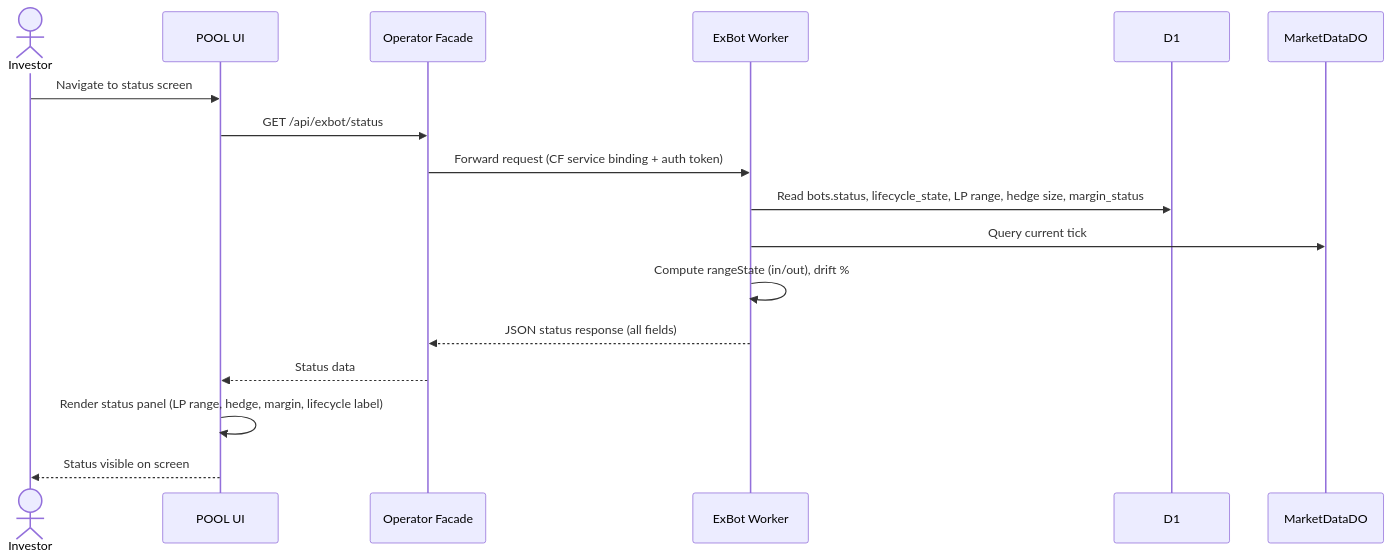
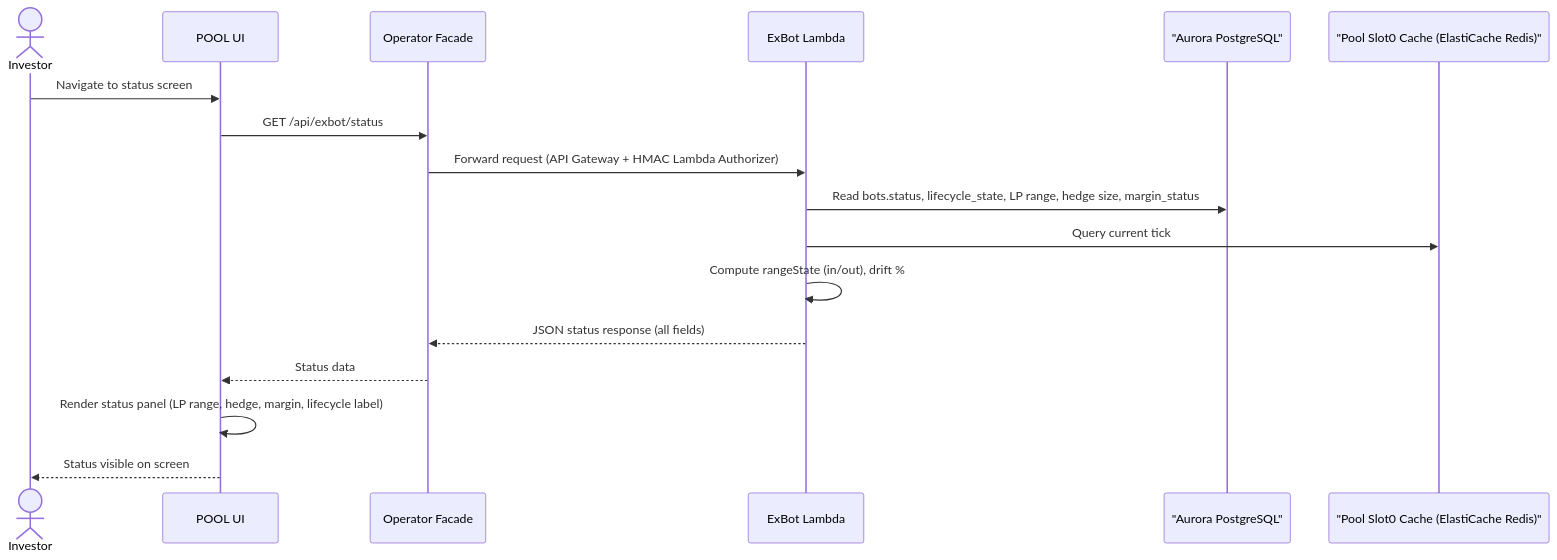
The diagram in docs/BA/plans/bnza-sotatek-260519-0000/03_modules/exbot/usecases/uc-monitor-status.md (TrinhBuiSotatek/Bonanzapool), drawn with Mermaid before and after one commit. The commit also changed other lines of this file and 21 other files, not shown here.

````diff
--- a/docs/BA/plans/bnza-sotatek-260519-0000/03_modules/exbot/usecases/uc-monitor-status.md
+++ b/docs/BA/plans/bnza-sotatek-260519-0000/03_modules/exbot/usecases/uc-monitor-status.md
@@ -114,20 +115,20 @@
 ```mermaid
 sequenceDiagram
     actor Investor
     participant PoolUI as POOL UI
     participant OpFacade as Operator Facade
-    participant ExBotWorker as ExBot Worker
-    participant D1
-    participant MarketData as MarketDataDO
+    participant ExBotLambda as ExBot Lambda
+    participant AuroraDB as "Aurora PostgreSQL"
+    participant SlotCache as "Pool Slot0 Cache (ElastiCache Redis)"
     
     Investor->>PoolUI: Navigate to status screen
     PoolUI->>OpFacade: GET /api/exbot/status
-    OpFacade->>ExBotWorker: Forward request (CF service binding + auth token)
-    ExBotWorker->>D1: Read bots.status, lifecycle_state, LP range, hedge size, margin_status
-    ExBotWorker->>MarketData: Query current tick
-    ExBotWorker->>ExBotWorker: Compute rangeState (in/out), drift %
-    ExBotWorker-->>OpFacade: JSON status response (all fields)
+    OpFacade->>ExBotLambda: Forward request (API Gateway + HMAC Lambda Authorizer)
+    ExBotLambda->>AuroraDB: Read bots.status, lifecycle_state, LP range, hedge size, margin_status
+    ExBotLambda->>SlotCache: Query current tick
+    ExBotLambda->>ExBotLambda: Compute rangeState (in/out), drift %
+    ExBotLambda-->>OpFacade: JSON status response (all fields)
     OpFacade-->>PoolUI: Status data
     PoolUI->>PoolUI: Render status panel (LP range, hedge, margin, lifecycle label)
     PoolUI-->>Investor: Status visible on screen
 ```
````
